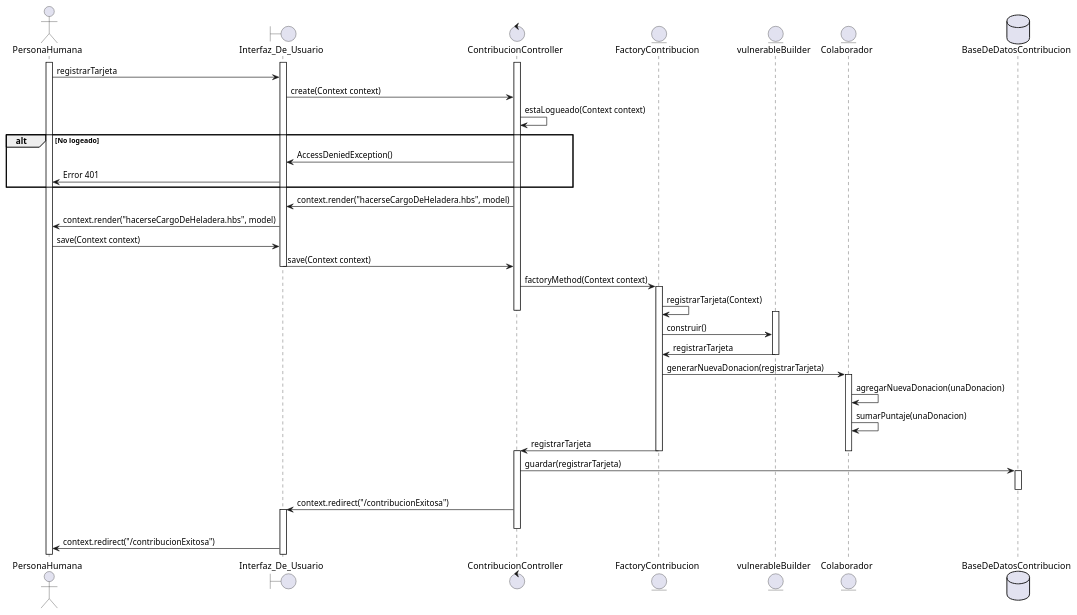
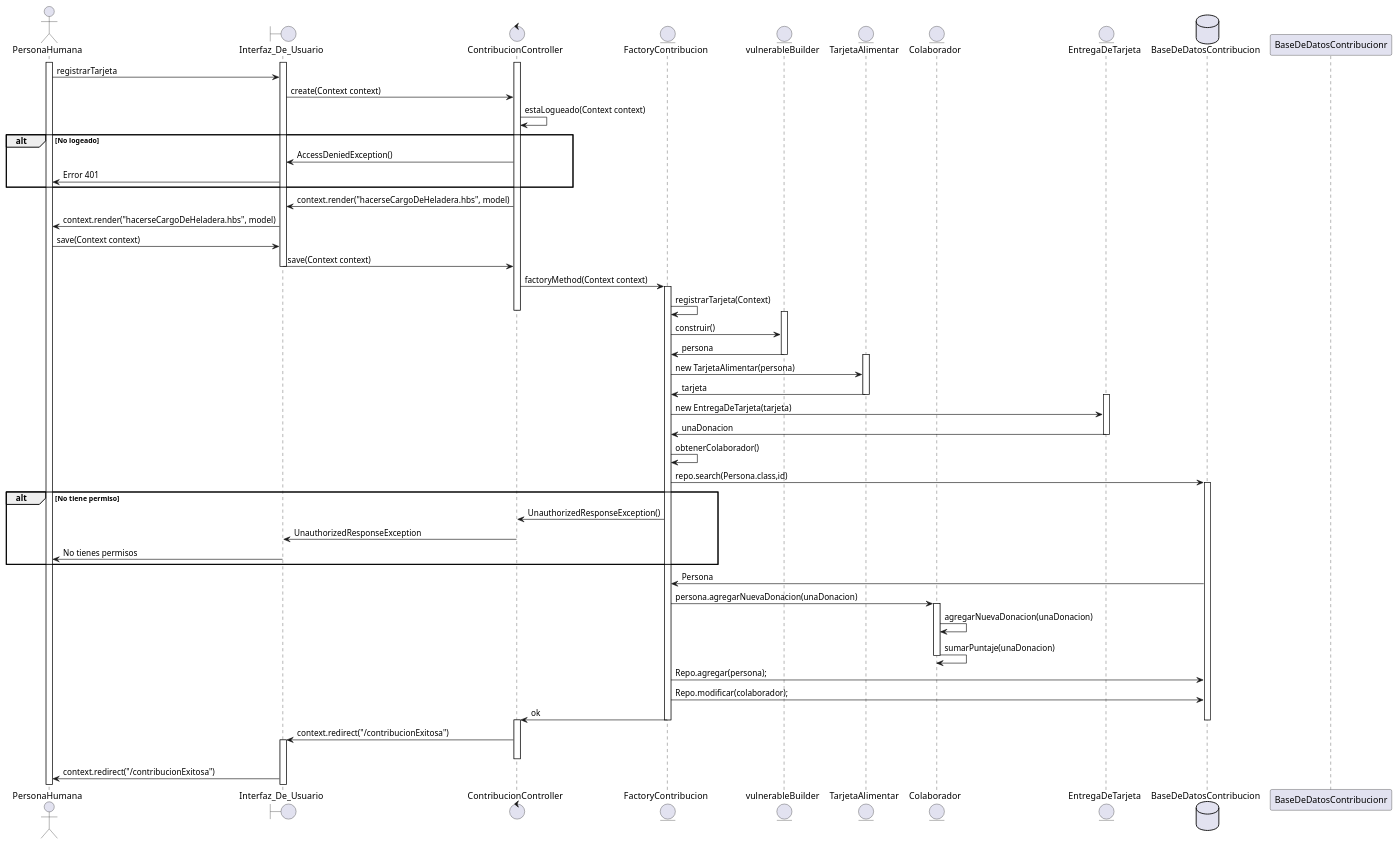
The diagram in UMLs/FormasDeContribucion/EntregaDeTarjeta.puml (JBDelupi/TPs---DDS), drawn with PlantUML before and after one commit. The commit also changed 14 other files, not shown here.

```diff
--- a/UMLs/FormasDeContribucion/EntregaDeTarjeta.puml
+++ b/UMLs/FormasDeContribucion/EntregaDeTarjeta.puml
@@ -1,58 +1,81 @@
 @startuml GenerarregistrarTarjeta
 actor PersonaHumana
 boundary Interfaz_De_Usuario
 control ContribucionController
 
 
 entity FactoryContribucion
 entity vulnerableBuilder
+entity TarjetaAlimentar
 entity Colaborador
+entity EntregaDeTarjeta
 database BaseDeDatosContribucion
 
 activate PersonaHumana
 activate Interfaz_De_Usuario
 activate ContribucionController
 
 PersonaHumana->Interfaz_De_Usuario: registrarTarjeta
 Interfaz_De_Usuario->ContribucionController: create(Context context)
 ContribucionController->ContribucionController: estaLogueado(Context context)
 
 
 alt No logeado
     ContribucionController->Interfaz_De_Usuario: AccessDeniedException()
     Interfaz_De_Usuario->PersonaHumana: Error 401
 end
 
 ContribucionController -> Interfaz_De_Usuario: context.render("hacerseCargoDeHeladera.hbs", model)
 Interfaz_De_Usuario -> PersonaHumana: context.render("hacerseCargoDeHeladera.hbs", model)
 
 PersonaHumana -> Interfaz_De_Usuario: save(Context context)
 Interfaz_De_Usuario -> ContribucionController: save(Context context)
 deactivate Interfaz_De_Usuario
 ContribucionController -> FactoryContribucion: factoryMethod(Context context)
 
 activate FactoryContribucion
 FactoryContribucion -> FactoryContribucion: registrarTarjeta(Context)
 deactivate ContribucionController
 activate vulnerableBuilder
+deactivate vulnerableBuilder
 FactoryContribucion -> vulnerableBuilder: construir()
-vulnerableBuilder -> FactoryContribucion: registrarTarjeta
+vulnerableBuilder -> FactoryContribucion: persona
 deactivate vulnerableBuilder
-FactoryContribucion -> Colaborador: generarNuevaDonacion(registrarTarjeta)
+activate TarjetaAlimentar
+FactoryContribucion -> TarjetaAlimentar : new TarjetaAlimentar(persona)
+TarjetaAlimentar -> FactoryContribucion : tarjeta
+deactivate TarjetaAlimentar
+activate EntregaDeTarjeta
+FactoryContribucion -> EntregaDeTarjeta: new EntregaDeTarjeta(tarjeta)
+EntregaDeTarjeta -> FactoryContribucion : unaDonacion
+deactivate EntregaDeTarjeta
+
+FactoryContribucion -> FactoryContribucion : obtenerColaborador()
+FactoryContribucion -> BaseDeDatosContribucion : repo.search(Persona.class,id)
+activate BaseDeDatosContribucion
+
+alt No tiene permiso
+    FactoryContribucion -> ContribucionController: UnauthorizedResponseException()
+    ContribucionController -> Interfaz_De_Usuario: UnauthorizedResponseException
+    Interfaz_De_Usuario -> PersonaHumana: No tienes permisos
+end
+BaseDeDatosContribucion -> FactoryContribucion : Persona
+FactoryContribucion -> Colaborador : persona.agregarNuevaDonacion(unaDonacion)
 activate Colaborador
 Colaborador -> Colaborador: agregarNuevaDonacion(unaDonacion)
 Colaborador -> Colaborador: sumarPuntaje(unaDonacion)
-FactoryContribucion -> ContribucionController: registrarTarjeta
 deactivate Colaborador
+deactivate BaseDeDatosContribucionr
+FactoryContribucion -> BaseDeDatosContribucion: Repo.agregar(persona);
+FactoryContribucion -> BaseDeDatosContribucion: Repo.modificar(colaborador);
+FactoryContribucion -> ContribucionController: ok
 deactivate FactoryContribucion
 activate ContribucionController
-ContribucionController -> BaseDeDatosContribucion: guardar(registrarTarjeta)
-activate BaseDeDatosContribucion
 deactivate BaseDeDatosContribucion
 ContribucionController -> Interfaz_De_Usuario: context.redirect("/contribucionExitosa")
 activate Interfaz_De_Usuario
 deactivate ContribucionController
 
 Interfaz_De_Usuario -> PersonaHumana: context.redirect("/contribucionExitosa")
 
 @enduml
```
